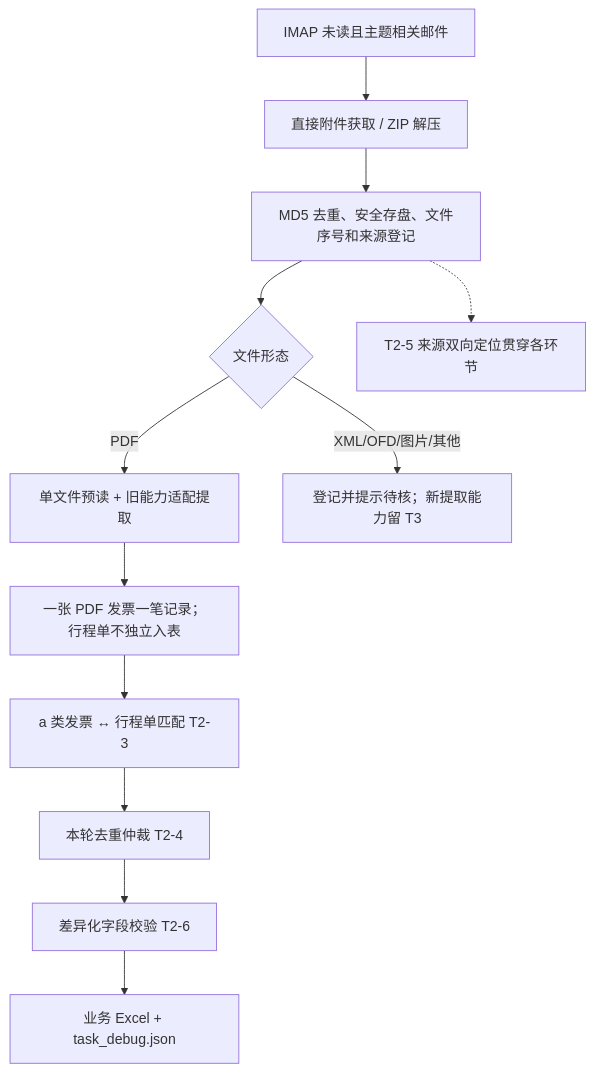
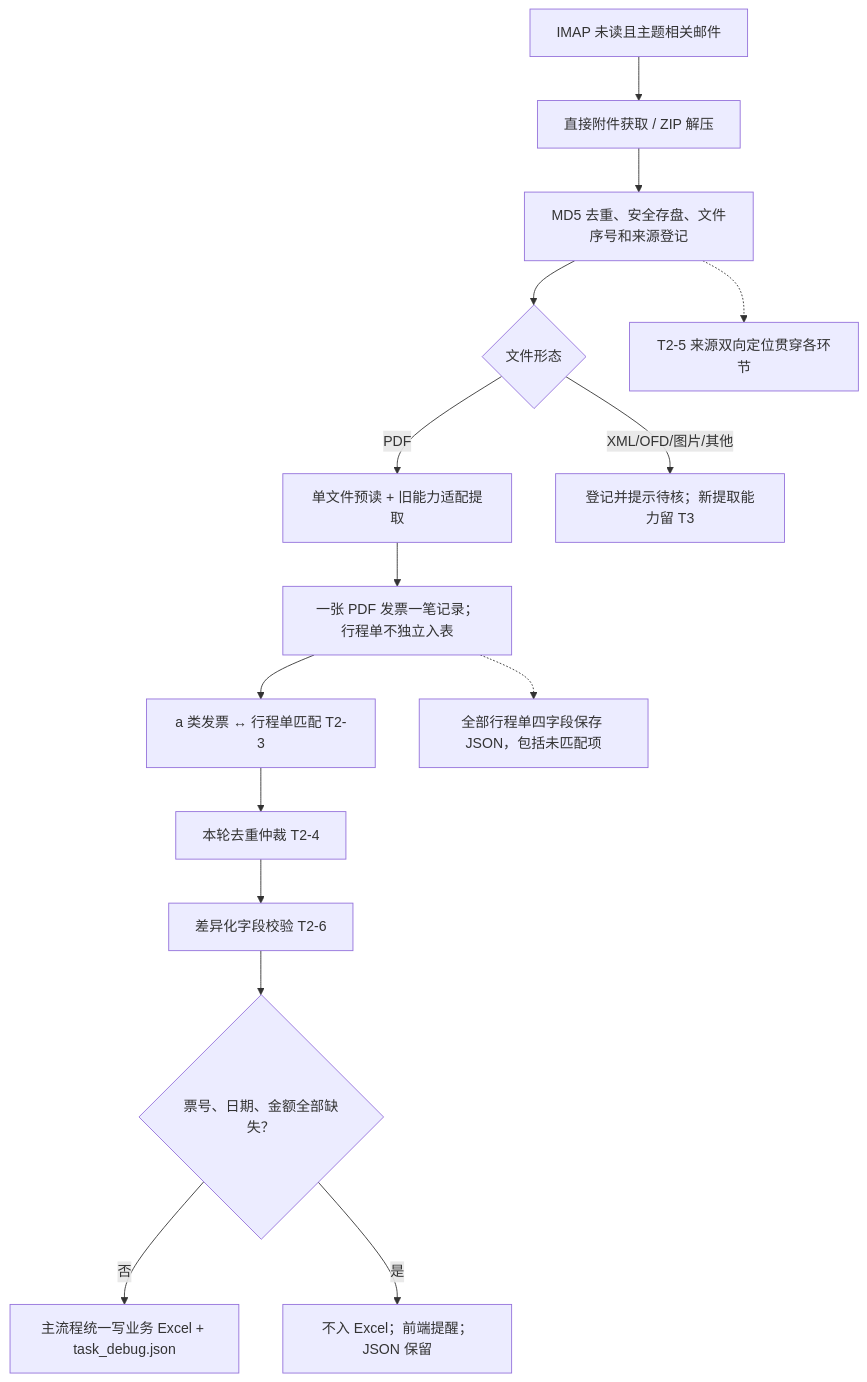
Before and after one commit to MUKE-git/Fapiao_Task: the first of 4 diagrams in 01 docs/01 project/重构方案.md, drawn with Mermaid. The commit also changed other lines of this file and 1 other file, not shown here.

````diff
--- a/01 docs/01 project/重构方案.md
+++ b/01 docs/01 project/重构方案.md
@@ -28,14 +30,17 @@
 ```mermaid
 flowchart TD
     A["IMAP 未读且主题相关邮件"] --> B["直接附件获取 / ZIP 解压"]
     B --> C["MD5 去重、安全存盘、文件序号和来源登记"]
     C --> D{"文件形态"}
     D -->|PDF| E["单文件预读 + 旧能力适配提取"]
     D -->|XML/OFD/图片/其他| F["登记并提示待核；新提取能力留 T3"]
     E --> G["一张 PDF 发票一笔记录；行程单不独立入表"]
     G --> H["a 类发票 ↔ 行程单匹配 T2-3"]
     H --> I["本轮去重仲裁 T2-4"]
     I --> J["差异化字段校验 T2-6"]
-    J --> K["业务 Excel + task_debug.json"]
+    J --> FILTER{"票号、日期、金额全部缺失？"}
+    FILTER -->|否| K["主流程统一写业务 Excel + task_debug.json"]
+    FILTER -->|是| SKIP["不入 Excel；前端提醒；JSON 保留"]
+    G -.-> SAVE["全部行程单四字段保存 JSON，包括未匹配项"]
     C -.-> L["T2-5 来源双向定位贯穿各环节"]
 ```
````
